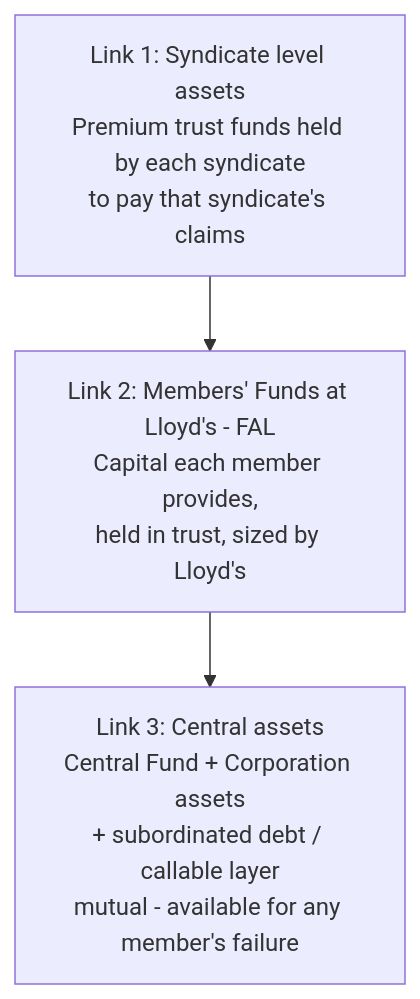
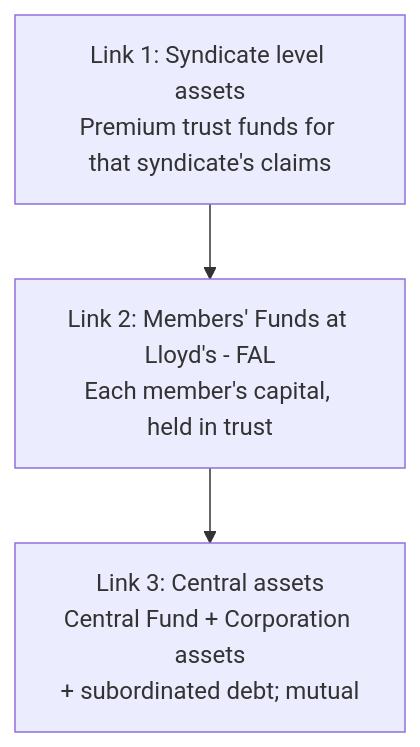
Before and after one commit to gazal-gupta/Insurance-Domain: the second of 4 diagrams in london-market-lloyds-guide/07-Advanced-Capital-Finance-Regulation.md, drawn with Mermaid. The commit also changed other lines of this file, not shown here.

First line of the commit message:
Rewrite chapter 07 capital, finance and regulation in full detail

````diff
--- a/london-market-lloyds-guide/07-Advanced-Capital-Finance-Regulation.md
+++ b/london-market-lloyds-guide/07-Advanced-Capital-Finance-Regulation.md
@@ -38,7 +70,7 @@
 ```mermaid
 flowchart TB
-  L1[Link 1: Syndicate level assets<br/>Premium trust funds held by each syndicate<br/>to pay that syndicate's claims]
-  L2[Link 2: Members' Funds at Lloyd's - FAL<br/>Capital each member provides,<br/>held in trust, sized by Lloyd's]
-  L3[Link 3: Central assets<br/>Central Fund + Corporation assets<br/>+ subordinated debt / callable layer<br/>mutual - available for any member's failure]
+  L1[Link 1: Syndicate level assets<br/>Premium trust funds for that syndicate's claims]
+  L2[Link 2: Members' Funds at Lloyd's - FAL<br/>Each member's capital, held in trust]
+  L3[Link 3: Central assets<br/>Central Fund + Corporation assets<br/>+ subordinated debt; mutual]
   L1 --> L2 --> L3
 ```
````
